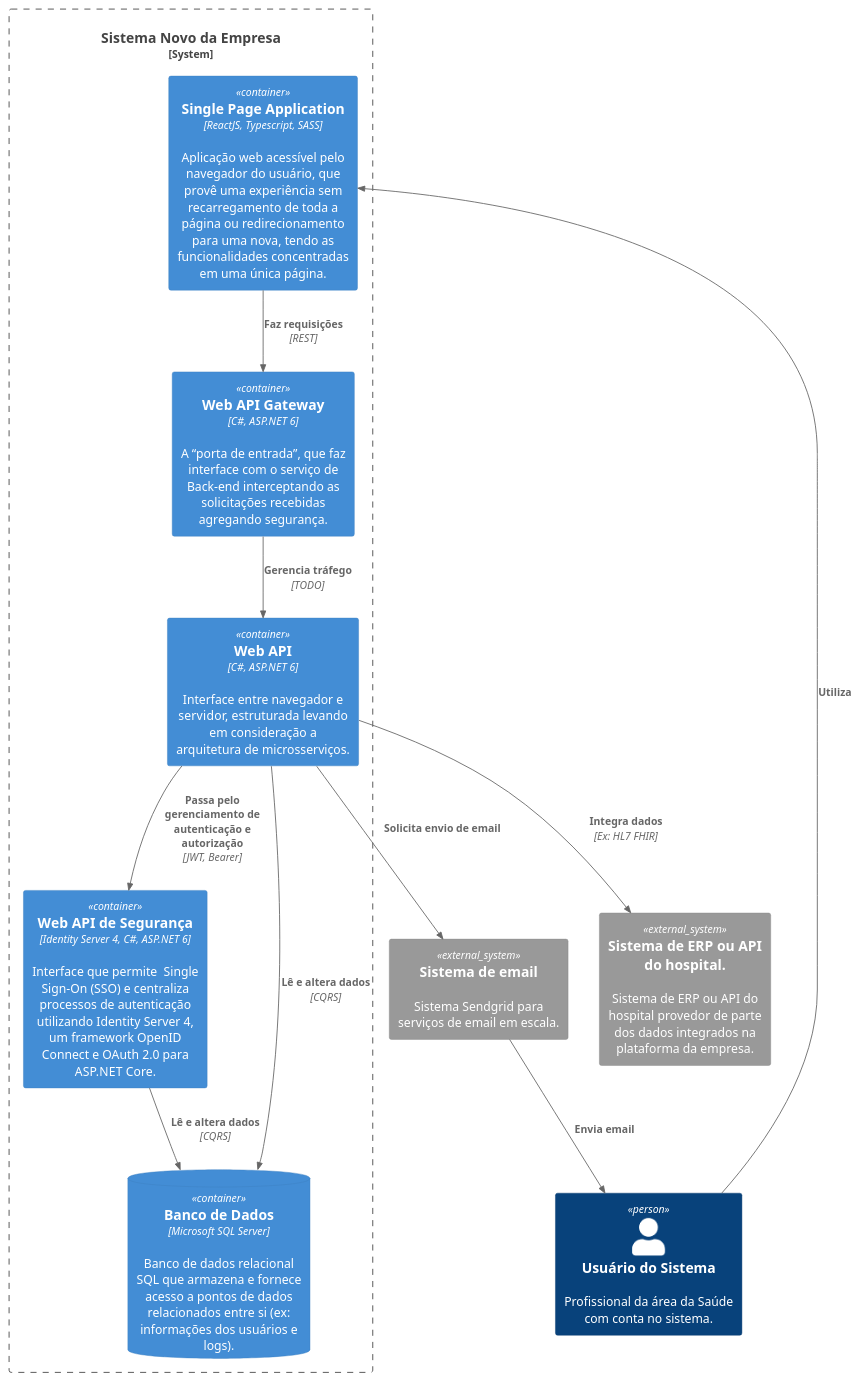
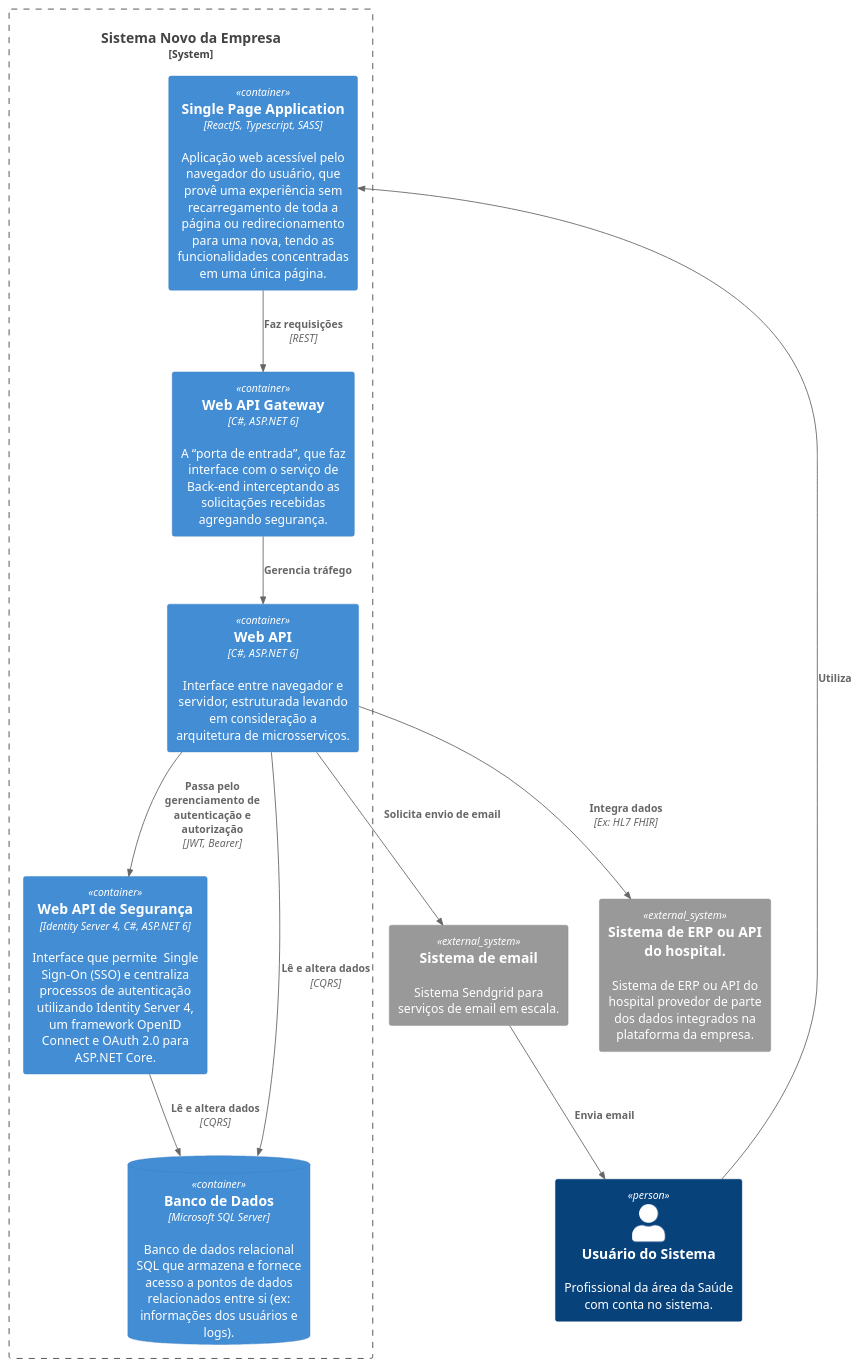
Before and after one commit to JeanneLima/PA_IGTI-XPEducacao_ARS_2022: the diagram in docs/diagrams/src/c4-container.puml, drawn with PlantUML.

Commit message:
fix(docs c4-container): remove TODO do diagrama

```diff
--- a/docs/diagrams/src/c4-container.puml
+++ b/docs/diagrams/src/c4-container.puml
@@ -1,28 +1,28 @@
 @startuml C4_Model_Container
 !include https://raw.githubusercontent.com/plantuml-stdlib/C4-PlantUML/master/C4_Container.puml
 
 Person(commonUser, "Usuário do Sistema", "Profissional da área da Saúde com conta no sistema.")
 
 System_Boundary(newSystem, "Sistema Novo da Empresa") {
     Container(newSystemSPA, "Single Page Application", "ReactJS, Typescript, SASS", "Aplicação web acessível pelo navegador do usuário, que provê uma experiência sem  recarregamento de toda a página ou redirecionamento para uma nova, tendo as funcionalidades concentradas em uma única página.")
     Container(newSystemServiceAPIGateway, "Web API Gateway", "C#, ASP.NET 6", "A “porta de entrada”, que faz interface com o serviço de Back-end interceptando as solicitações recebidas agregando segurança.")
     Container(newSystemServiceAPI, "Web API", "C#, ASP.NET 6", "Interface entre navegador e servidor, estruturada levando em consideração a arquitetura de microsserviços.")
     Container(newSystemSecurityServiceAPI, "Web API de Segurança", "Identity Server 4, C#, ASP.NET 6", "Interface que permite  Single Sign-On (SSO) e centraliza processos de autenticação utilizando Identity Server 4, um framework OpenID Connect e OAuth 2.0 para ASP.NET Core.")
     ContainerDb(newSystemDb, "Banco de Dados", "Microsoft SQL Server", "Banco de dados relacional SQL que armazena e fornece acesso a pontos de dados relacionados entre si (ex: informações dos usuários e logs).")
 
     Rel(newSystemSPA, newSystemServiceAPIGateway, "Faz requisições", "REST")
-    Rel(newSystemServiceAPIGateway, newSystemServiceAPI, "Gerencia tráfego", "TODO")
+    Rel(newSystemServiceAPIGateway, newSystemServiceAPI, "Gerencia tráfego")
     Rel(newSystemServiceAPI, newSystemSecurityServiceAPI, "Passa pelo gerenciamento de autenticação e autorização", "JWT, Bearer")
     Rel(newSystemSecurityServiceAPI, newSystemDb, "Lê e altera dados", "CQRS")
     Rel(newSystemServiceAPI, newSystemDb, "Lê e altera dados", "CQRS")
 }
 
 System_Ext(externalEmailSystem, "Sistema de email", "Sistema Sendgrid para serviços de email em escala.")
 System_Ext(hospitalERPExternalSystem, "Sistema de ERP ou API do hospital.", "Sistema de ERP ou API do hospital provedor de parte dos dados integrados na plataforma da empresa.")
 
 ' Rel(commonUser, newSystemWebApp, "Utiliza")
 Rel(commonUser, newSystemSPA, "Utiliza")
 Rel(newSystemServiceAPI, hospitalERPExternalSystem, "Integra dados", "Ex: HL7 FHIR")
 Rel(newSystemServiceAPI, externalEmailSystem, "Solicita envio de email")
 Rel(externalEmailSystem, commonUser, "Envia email")
 @enduml
```
